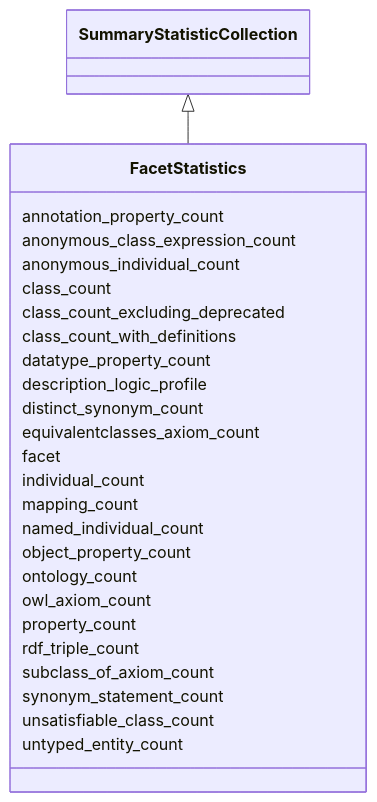
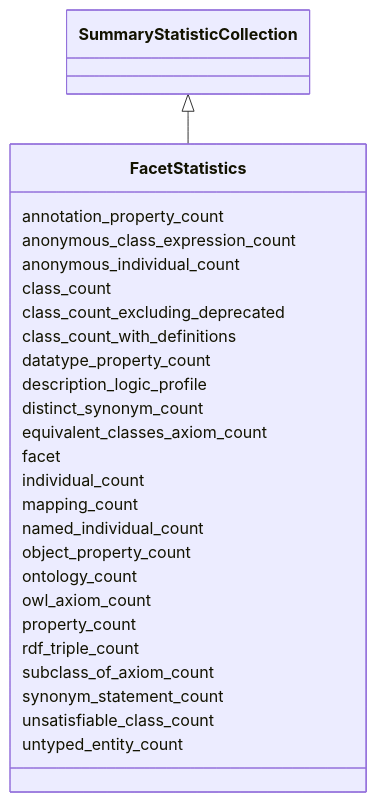
Before and after one commit to INCATools/ontology-access-kit: the diagram in summary-statistics/FacetStatistics.md, drawn with Mermaid. The commit also changed other lines of this file and 150 other files, not shown here.

````diff
--- a/summary-statistics/FacetStatistics.md
+++ b/summary-statistics/FacetStatistics.md
@@ -13,30 +13,30 @@
 ```{mermaid}
  classDiagram
       SummaryStatisticCollection <|-- FacetStatistics
       
       FacetStatistics : annotation_property_count
       FacetStatistics : anonymous_class_expression_count
       FacetStatistics : anonymous_individual_count
       FacetStatistics : class_count
       FacetStatistics : class_count_excluding_deprecated
       FacetStatistics : class_count_with_definitions
       FacetStatistics : datatype_property_count
       FacetStatistics : description_logic_profile
       FacetStatistics : distinct_synonym_count
-      FacetStatistics : equivalentclasses_axiom_count
+      FacetStatistics : equivalent_classes_axiom_count
       FacetStatistics : facet
       FacetStatistics : individual_count
       FacetStatistics : mapping_count
       FacetStatistics : named_individual_count
       FacetStatistics : object_property_count
       FacetStatistics : ontology_count
       FacetStatistics : owl_axiom_count
       FacetStatistics : property_count
       FacetStatistics : rdf_triple_count
       FacetStatistics : subclass_of_axiom_count
       FacetStatistics : synonym_statement_count
       FacetStatistics : unsatisfiable_class_count
       FacetStatistics : untyped_entity_count
       
 
 ```
````
